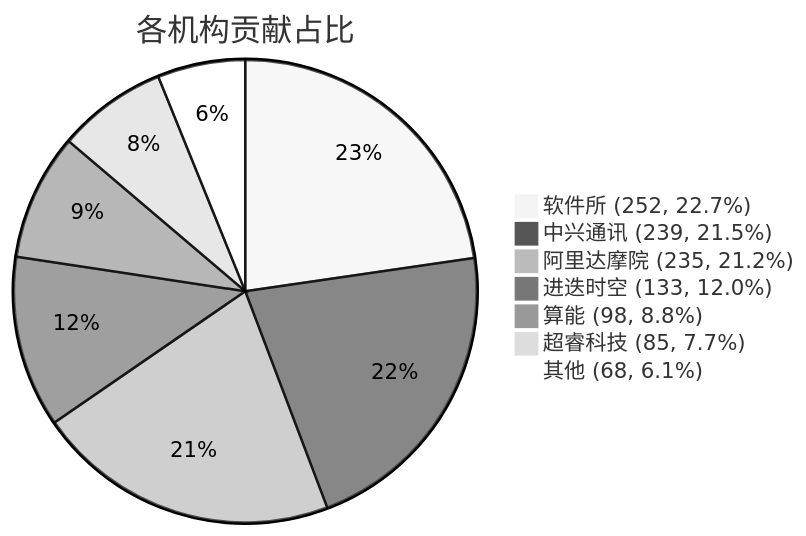
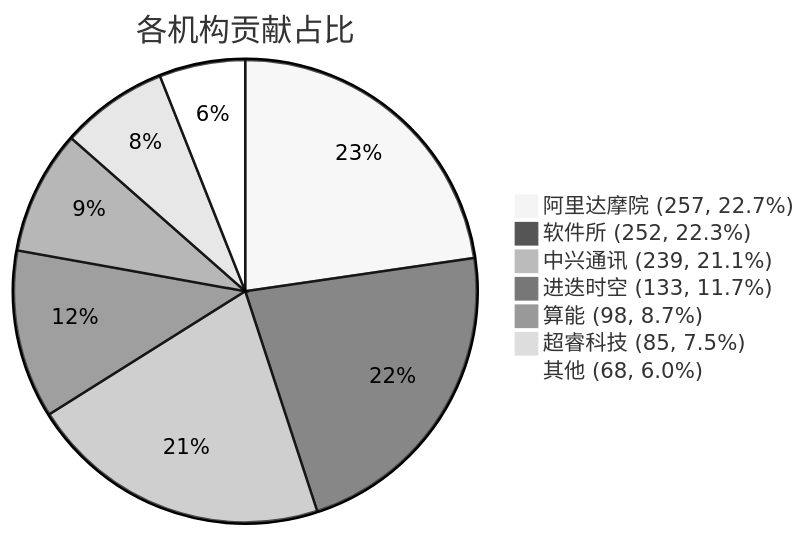
Before and after one commit to RVCK-Project/rvck: the diagram in docs/index.md, drawn with Mermaid (neutral theme). The commit also changed other lines of this file and 8 other files, not shown here.

````diff
--- a/docs/index.md
+++ b/docs/index.md
@@ -31,10 +31,10 @@
 ```mermaid
 pie title 各机构贡献占比
-    "软件所 (252, 22.7%)" : 252
-    "中兴通讯 (239, 21.5%)" : 239
-    "阿里达摩院 (235, 21.2%)" : 235
-    "进迭时空 (133, 12.0%)" : 133
-    "算能 (98, 8.8%)" : 98
-    "超睿科技 (85, 7.7%)" : 85
-    "其他 (68, 6.1%)" : 68
+    "阿里达摩院 (257, 22.7%)" : 257
+    "软件所 (252, 22.3%)" : 252
+    "中兴通讯 (239, 21.1%)" : 239
+    "进迭时空 (133, 11.7%)" : 133
+    "算能 (98, 8.7%)" : 98
+    "超睿科技 (85, 7.5%)" : 85
+    "其他 (68, 6.0%)" : 68
 ```
````
